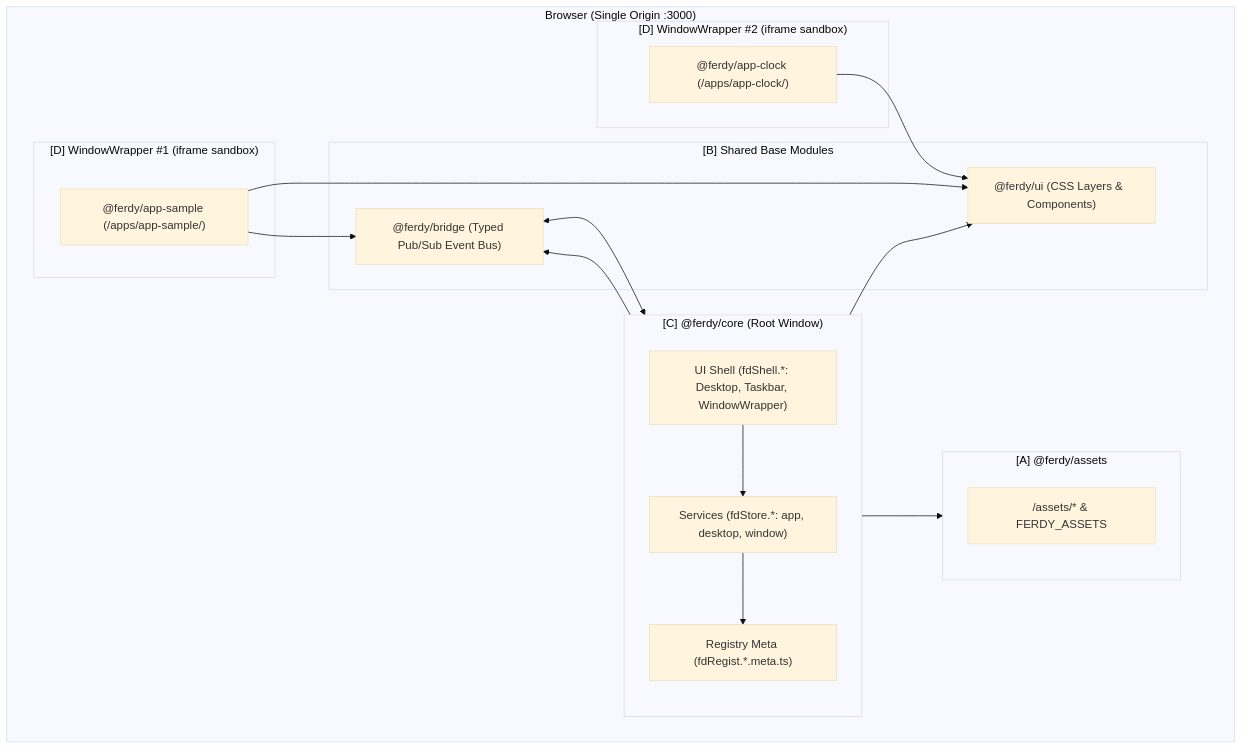
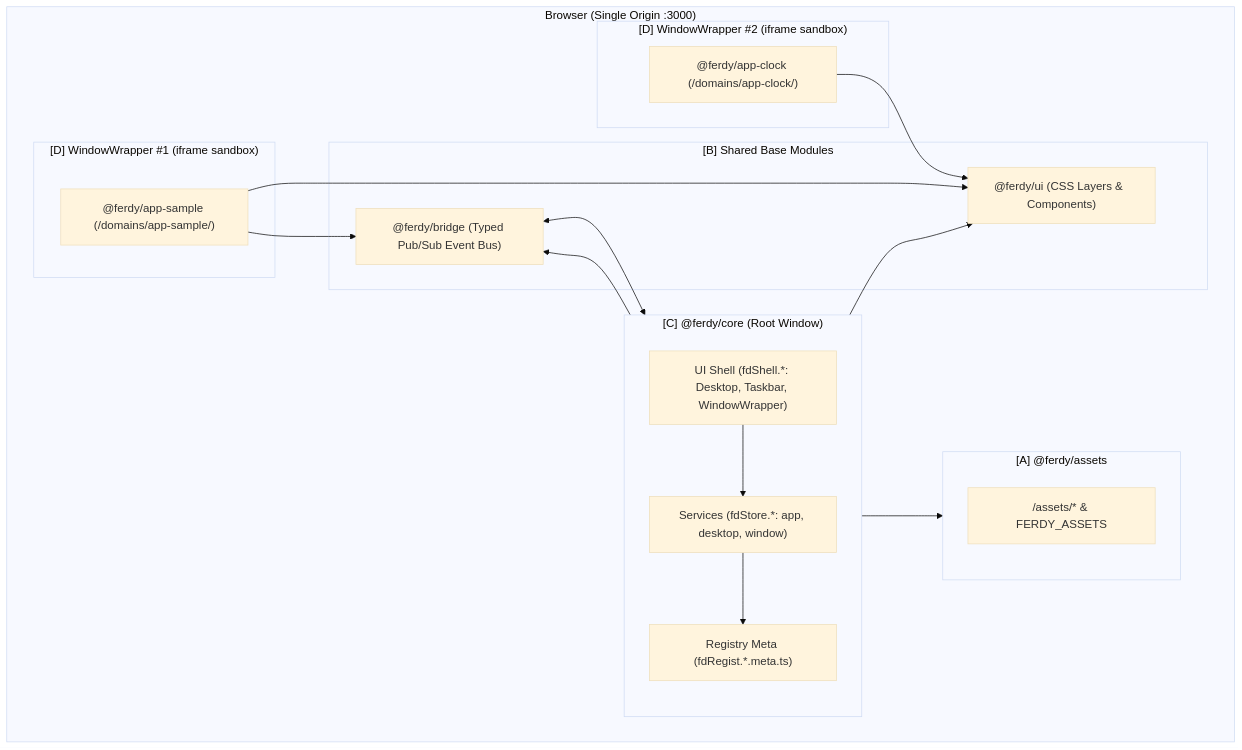
The diagram in docs/architecture.md (nicepig7/ferdyPlatter), drawn with Mermaid (base theme) before and after one commit. The commit also changed other lines of this file and 16 other files, not shown here.

Commit message:
refactor(core,domains): extract domains gateway plugin, switch to /domains/ mount, and add @ferdy/tsconfig

````diff
--- a/docs/architecture.md
+++ b/docs/architecture.md
@@ -24,37 +24,37 @@
 ```mermaid
 flowchart TB
     subgraph Browser["Browser (Single Origin :3000)"]
         subgraph Core["[C] @ferdy/core (Root Window)"]
             Shell["UI Shell (fdShell.*: Desktop, Taskbar, WindowWrapper)"]
             Services["Services (fdStore.*: app, desktop, window)"]
             Meta["Registry Meta (fdRegist.*.meta.ts)"]
         end
 
         subgraph Base["[B] Shared Base Modules"]
             UI["@ferdy/ui (CSS Layers & <fd.*> Components)"]
             Bridge["@ferdy/bridge (Typed Pub/Sub Event Bus)"]
         end
 
         subgraph Assets["[A] @ferdy/assets"]
             Static["/assets/* & FERDY_ASSETS"]
         end
 
         subgraph Window1["[D] WindowWrapper #1 (iframe sandbox)"]
-            App1["@ferdy/app-sample (/apps/app-sample/)"]
+            App1["@ferdy/app-sample (/domains/app-sample/)"]
         end
 
         subgraph Window2["[D] WindowWrapper #2 (iframe sandbox)"]
-            App2["@ferdy/app-clock (/apps/app-clock/)"]
+            App2["@ferdy/app-clock (/domains/app-clock/)"]
         end
     end
 
     Shell --> Services
     Services --> Meta
     Core --> UI
     Core --> Bridge
     Core --> Assets
     App1 --> UI
     App1 --> Bridge
     App2 --> UI
     Bridge <--> Core
 ```
````
